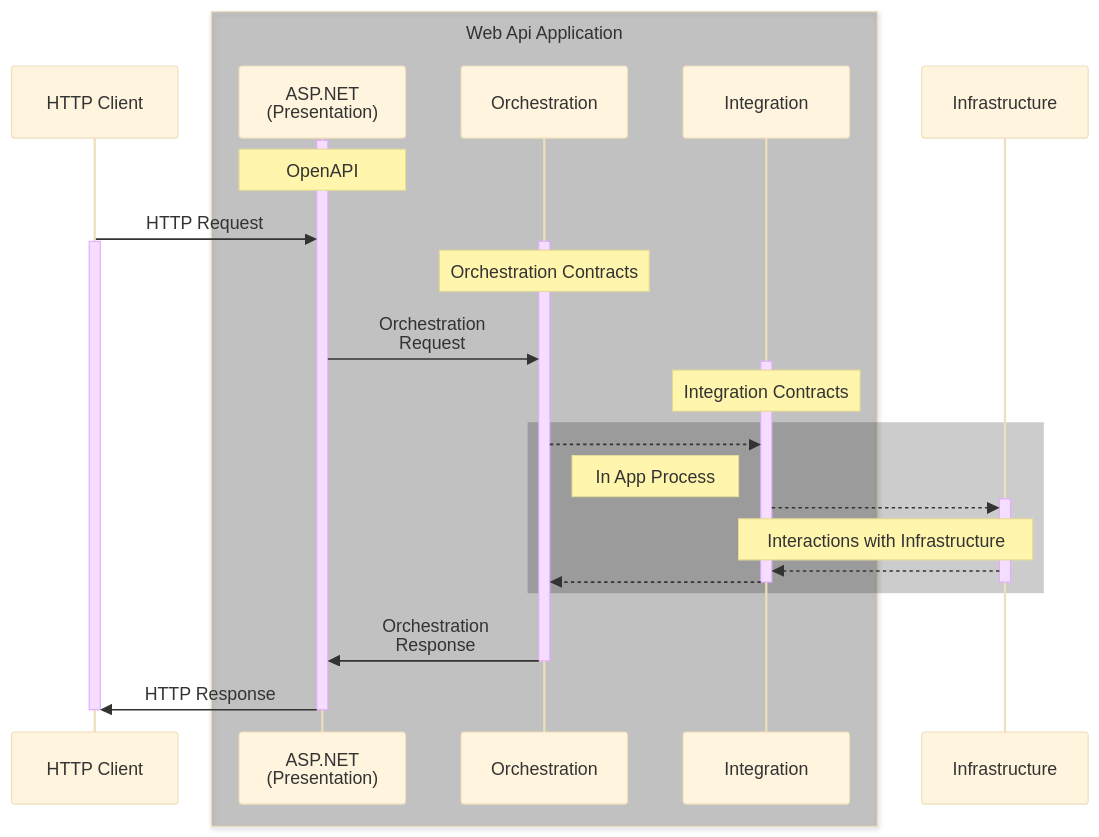
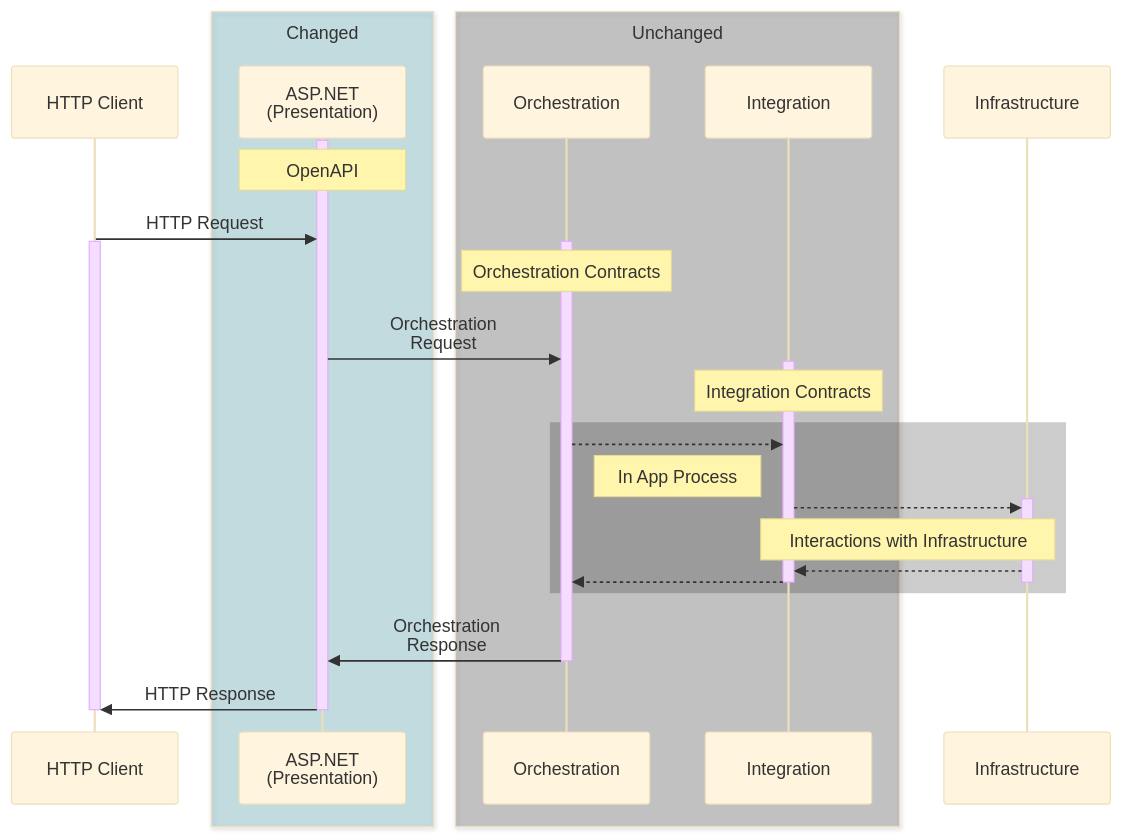
The second of 4 diagrams in docs/docs/introduction.md (VestureSDK/Vesture), drawn with Mermaid (base theme) before and after one commit. The commit also changed other lines of this file and 44 other files, not shown here.

````diff
--- a/docs/docs/introduction.md
+++ b/docs/docs/introduction.md
@@ -46,39 +46,42 @@
 ```mermaid
 sequenceDiagram
 
     participant Client as HTTP Client
 
-    box rgba(0,0,0,0.2) Web Api Application<br/>
+    box rgba(0,128,150,0.2) Changed<br/>
         participant Presentation as ASP.NET<br/>(Presentation)
+    end
+
+    box rgba(0,0,0,0.2) Unchanged<br/>
         participant Orchestration as Orchestration
         participant Integration as Integration
     end
 
     participant Infrastructure as Infrastructure
     
     activate Presentation
     Note over Presentation: OpenAPI
     Client->>Presentation: HTTP Request
     activate Client
     activate Orchestration
     Note over Orchestration: Orchestration Contracts
     Presentation->>Orchestration: Orchestration<br/>Request
     activate Integration
     Note over Integration: Integration Contracts
     rect rgba(0,0,0,0.2)
         Orchestration-->>Integration: 
         Note right of Orchestration: In App Process
         activate Infrastructure
         Integration-->>Infrastructure: 
         Note over Integration,Infrastructure: Interactions with Infrastructure
         Infrastructure-->>Integration: 
         Integration-->>Orchestration:  
         deactivate Infrastructure
         deactivate Integration
     end
     Orchestration->>Presentation: Orchestration<br/>Response
     deactivate Orchestration
     Presentation->>Client: HTTP Response
     deactivate Presentation
     deactivate Client
 ```
````
